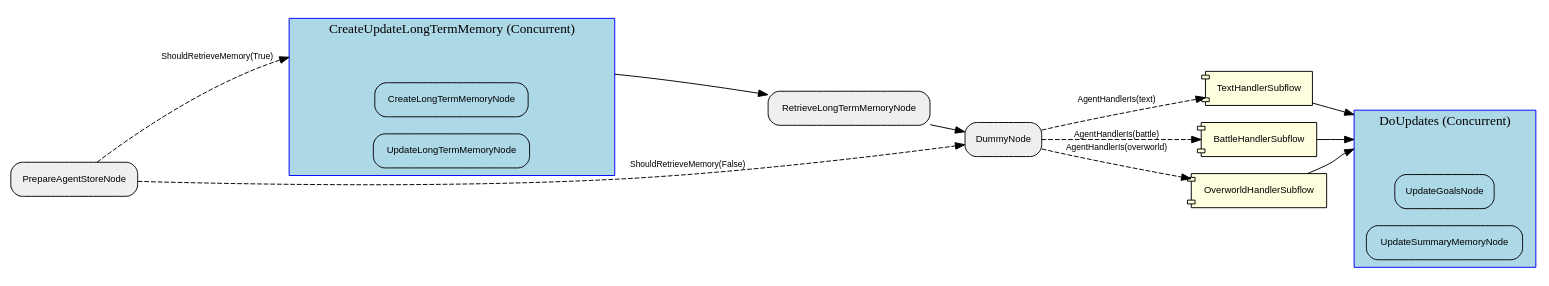
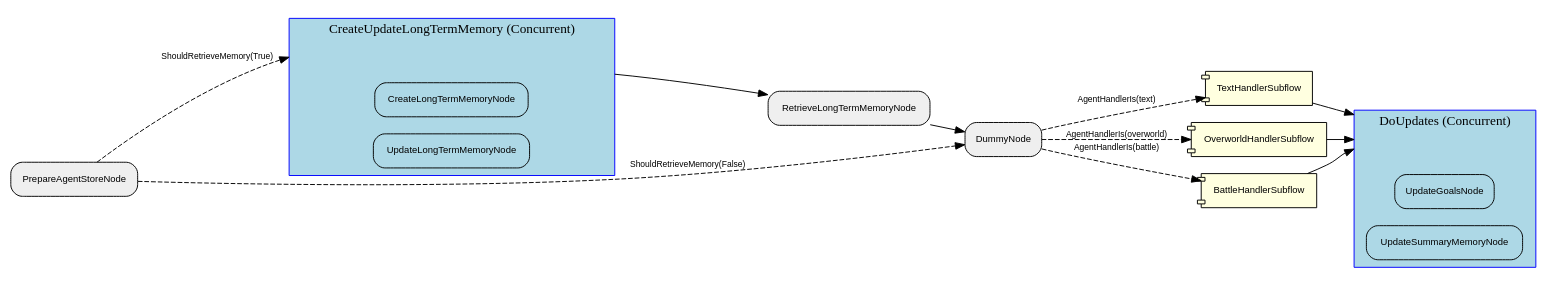
One commit to clambro/ai-plays-pokemon changed the diagram in visualization/agent_graph/Graph.dot. Above: the diagram before and after it, drawn with Graphviz. The commit also changed 12 other files, not shown here.

```diff
--- a/visualization/agent_graph/Graph.dot
+++ b/visualization/agent_graph/Graph.dot
@@ -1,44 +1,44 @@
 digraph "G" {
   rankdir=LR;
   compound=true;
   node [shape=box, style="rounded,filled", fillcolor="#EFEFEF", fontname="Helvetica", fontsize=10];
   edge [fontname="Helvetica", fontsize=9];
-  subgraph "cluster_yr0N3b419Lz5syolfQg82" {
+  subgraph "cluster_SbPd8zF1jOcLdZIaj1o7U" {
     label="DoUpdates (Concurrent)";
     style="filled"; fillcolor="lightblue"; color="blue";
     node [fillcolor="lightblue", style="filled,rounded"];
-    "yr0N3b419Lz5syolfQg82__entry" [label="", shape=point, width=0.01, style=invis];
-    "yr0N3b419Lz5syolfQg82__exit"  [label="", shape=point, width=0.01, style=invis];
-    JqnAI7C8dToOK1fTL5eZo [label="UpdateGoalsNode"];
-    "6ozgL30RaPGuxezzRLGLi" [label="UpdateSummaryMemoryNode"];
+    "SbPd8zF1jOcLdZIaj1o7U__entry" [label="", shape=point, width=0.01, style=invis];
+    "SbPd8zF1jOcLdZIaj1o7U__exit"  [label="", shape=point, width=0.01, style=invis];
+    he2k8dQjZM6TsJfSvsksp [label="UpdateGoalsNode"];
+    nwybCbDR62OT69HjAoQV4 [label="UpdateSummaryMemoryNode"];
   }
-  subgraph "cluster_HgsX5B4iz7p4IQap4c9br" {
+  subgraph "cluster_aWmpXflhcc3CPQmZPsPCQ" {
     label="CreateUpdateLongTermMemory (Concurrent)";
     style="filled"; fillcolor="lightblue"; color="blue";
     node [fillcolor="lightblue", style="filled,rounded"];
-    "HgsX5B4iz7p4IQap4c9br__entry" [label="", shape=point, width=0.01, style=invis];
-    "HgsX5B4iz7p4IQap4c9br__exit"  [label="", shape=point, width=0.01, style=invis];
-    gh62H5SmLv3vY4DktEvdC [label="CreateLongTermMemoryNode"];
-    grWIOyXkE9Wqsh8H3tL78 [label="UpdateLongTermMemoryNode"];
+    "aWmpXflhcc3CPQmZPsPCQ__entry" [label="", shape=point, width=0.01, style=invis];
+    "aWmpXflhcc3CPQmZPsPCQ__exit"  [label="", shape=point, width=0.01, style=invis];
+    dWaH9blcl3VRAF0IAEA00 [label="CreateLongTermMemoryNode"];
+    GwIfGNU3582nqaitahiz3 [label="UpdateLongTermMemoryNode"];
   }
-  hwGOEpBNuby3kQ85Qic7Z [label="DummyNode"];
-  hTcnekvwiawNXUFuoyRGi [label="TextHandlerSubflow", shape=component, style="filled,rounded", fillcolor="lightyellow"];
-  pkJbi0LbEmPG9d462MI73 [label="RetrieveLongTermMemoryNode"];
-  "6ozgL30RaPGuxezzRLGLi" [label="UpdateSummaryMemoryNode"];
-  YaxBJReH54RipkYyCN7Bf [label="BattleHandlerSubflow", shape=component, style="filled,rounded", fillcolor="lightyellow"];
-  "0u67pB4PA9Fmq7XnnHjGl" [label="OverworldHandlerSubflow", shape=component, style="filled,rounded", fillcolor="lightyellow"];
-  grWIOyXkE9Wqsh8H3tL78 [label="UpdateLongTermMemoryNode"];
-  gh62H5SmLv3vY4DktEvdC [label="CreateLongTermMemoryNode"];
-  JqnAI7C8dToOK1fTL5eZo [label="UpdateGoalsNode"];
-  TLViOqSjzbyO6WTFPEfr4 [label="PrepareAgentStoreNode"];
-  TLViOqSjzbyO6WTFPEfr4 -> HgsX5B4iz7p4IQap4c9br__entry [lhead="cluster_HgsX5B4iz7p4IQap4c9br", style="dashed", label="ShouldRetrieveMemory(True)"];
-  HgsX5B4iz7p4IQap4c9br__exit -> pkJbi0LbEmPG9d462MI73 [ltail="cluster_HgsX5B4iz7p4IQap4c9br", style="solid"];
-  TLViOqSjzbyO6WTFPEfr4 -> hwGOEpBNuby3kQ85Qic7Z [style="dashed", label="ShouldRetrieveMemory(False)"];
-  pkJbi0LbEmPG9d462MI73 -> hwGOEpBNuby3kQ85Qic7Z [style="solid"];
-  hwGOEpBNuby3kQ85Qic7Z -> "0u67pB4PA9Fmq7XnnHjGl" [style="dashed", label="AgentHandlerIs(overworld)"];
-  hwGOEpBNuby3kQ85Qic7Z -> YaxBJReH54RipkYyCN7Bf [style="dashed", label="AgentHandlerIs(battle)"];
-  hwGOEpBNuby3kQ85Qic7Z -> hTcnekvwiawNXUFuoyRGi [style="dashed", label="AgentHandlerIs(text)"];
-  hTcnekvwiawNXUFuoyRGi -> yr0N3b419Lz5syolfQg82__entry [lhead="cluster_yr0N3b419Lz5syolfQg82", style="solid"];
-  YaxBJReH54RipkYyCN7Bf -> yr0N3b419Lz5syolfQg82__entry [lhead="cluster_yr0N3b419Lz5syolfQg82", style="solid"];
-  "0u67pB4PA9Fmq7XnnHjGl" -> yr0N3b419Lz5syolfQg82__entry [lhead="cluster_yr0N3b419Lz5syolfQg82", style="solid"];
+  Ox28C7l6gw4bOLzSzu2K6 [label="RetrieveLongTermMemoryNode"];
+  ZIK0tlOd12h1HSrT8dbHK [label="TextHandlerSubflow", shape=component, style="filled,rounded", fillcolor="lightyellow"];
+  "5bjAebVecgmlNztV017W9" [label="OverworldHandlerSubflow", shape=component, style="filled,rounded", fillcolor="lightyellow"];
+  GwIfGNU3582nqaitahiz3 [label="UpdateLongTermMemoryNode"];
+  Zlt5TF7jMAVAwkV3JyDj3 [label="PrepareAgentStoreNode"];
+  he2k8dQjZM6TsJfSvsksp [label="UpdateGoalsNode"];
+  dWaH9blcl3VRAF0IAEA00 [label="CreateLongTermMemoryNode"];
+  nwybCbDR62OT69HjAoQV4 [label="UpdateSummaryMemoryNode"];
+  hrtvlYb1QpLSzgOvRMnQ4 [label="BattleHandlerSubflow", shape=component, style="filled,rounded", fillcolor="lightyellow"];
+  O5a2kBnvhoVdp2GIS6O29 [label="DummyNode"];
+  Zlt5TF7jMAVAwkV3JyDj3 -> aWmpXflhcc3CPQmZPsPCQ__entry [lhead="cluster_aWmpXflhcc3CPQmZPsPCQ", style="dashed", label="ShouldRetrieveMemory(True)"];
+  aWmpXflhcc3CPQmZPsPCQ__exit -> Ox28C7l6gw4bOLzSzu2K6 [ltail="cluster_aWmpXflhcc3CPQmZPsPCQ", style="solid"];
+  Zlt5TF7jMAVAwkV3JyDj3 -> O5a2kBnvhoVdp2GIS6O29 [style="dashed", label="ShouldRetrieveMemory(False)"];
+  Ox28C7l6gw4bOLzSzu2K6 -> O5a2kBnvhoVdp2GIS6O29 [style="solid"];
+  O5a2kBnvhoVdp2GIS6O29 -> "5bjAebVecgmlNztV017W9" [style="dashed", label="AgentHandlerIs(overworld)"];
+  O5a2kBnvhoVdp2GIS6O29 -> hrtvlYb1QpLSzgOvRMnQ4 [style="dashed", label="AgentHandlerIs(battle)"];
+  O5a2kBnvhoVdp2GIS6O29 -> ZIK0tlOd12h1HSrT8dbHK [style="dashed", label="AgentHandlerIs(text)"];
+  ZIK0tlOd12h1HSrT8dbHK -> SbPd8zF1jOcLdZIaj1o7U__entry [lhead="cluster_SbPd8zF1jOcLdZIaj1o7U", style="solid"];
+  hrtvlYb1QpLSzgOvRMnQ4 -> SbPd8zF1jOcLdZIaj1o7U__entry [lhead="cluster_SbPd8zF1jOcLdZIaj1o7U", style="solid"];
+  "5bjAebVecgmlNztV017W9" -> SbPd8zF1jOcLdZIaj1o7U__entry [lhead="cluster_SbPd8zF1jOcLdZIaj1o7U", style="solid"];
 }
```
